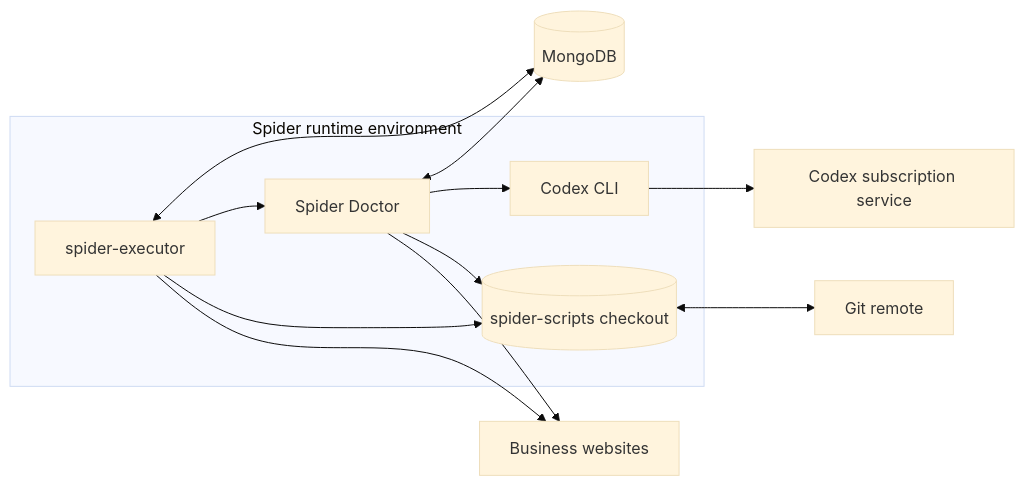
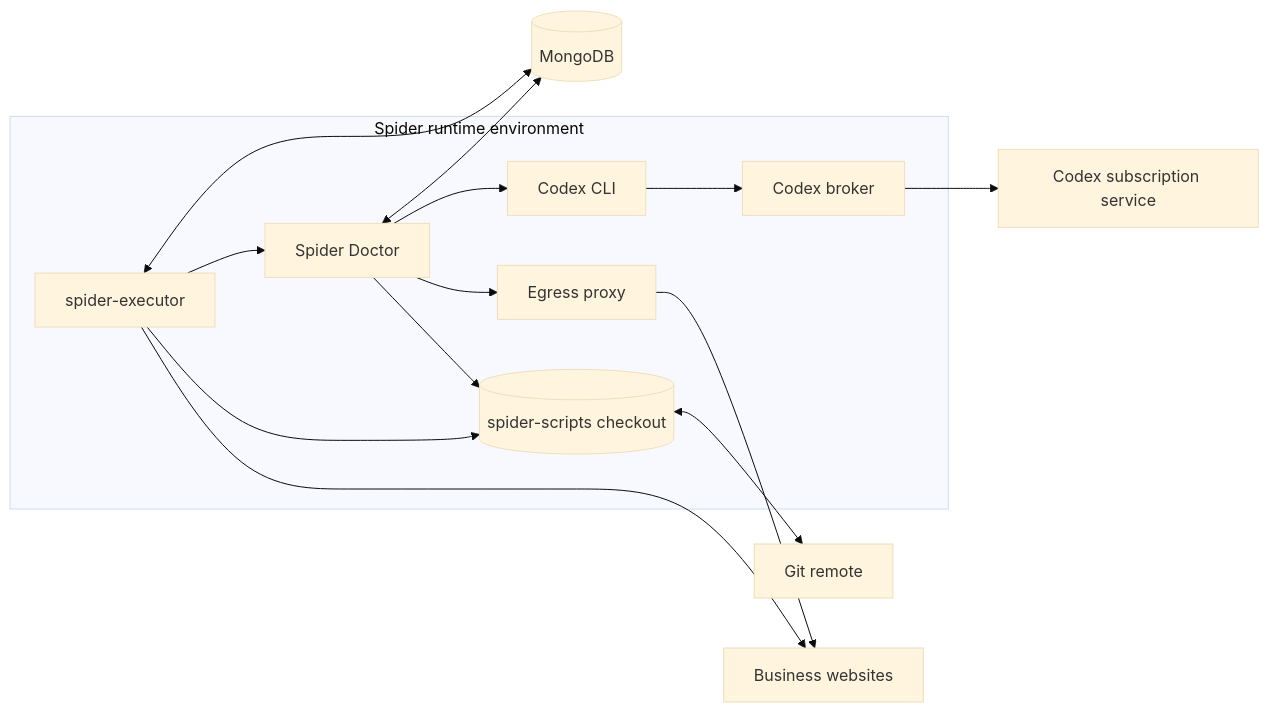
Before and after one commit to cl0udarch1t3cts/spider-runtime: the sixth of 6 diagrams in spider-devops/ARCHITECTURE.md, drawn with Mermaid (base theme). The commit also changed other lines of this file, not shown here.

First line of the commit message:
docs: document Codex broker and egress proxy in building block view

````diff
--- a/spider-devops/ARCHITECTURE.md
+++ b/spider-devops/ARCHITECTURE.md
@@ -387,25 +416,29 @@
 ```mermaid
 flowchart LR
     subgraph Runtime[Spider runtime environment]
         E[spider-executor]
         D[Spider Doctor]
         C[Codex CLI]
+        B[Codex broker]
+        P[Egress proxy]
         R[(spider-scripts checkout)]
     end
 
     M[(MongoDB)]
     GH[Git remote]
     WEB[Business websites]
     OAI[Codex subscription service]
 
     E <--> M
     E --> D
     D <--> M
     D --> C
-    C --> OAI
+    C --> B
+    B --> OAI
+    D --> P
+    P --> WEB
     D --> R
     R <--> GH
     E --> R
     E --> WEB
-    D --> WEB
 ```
````
